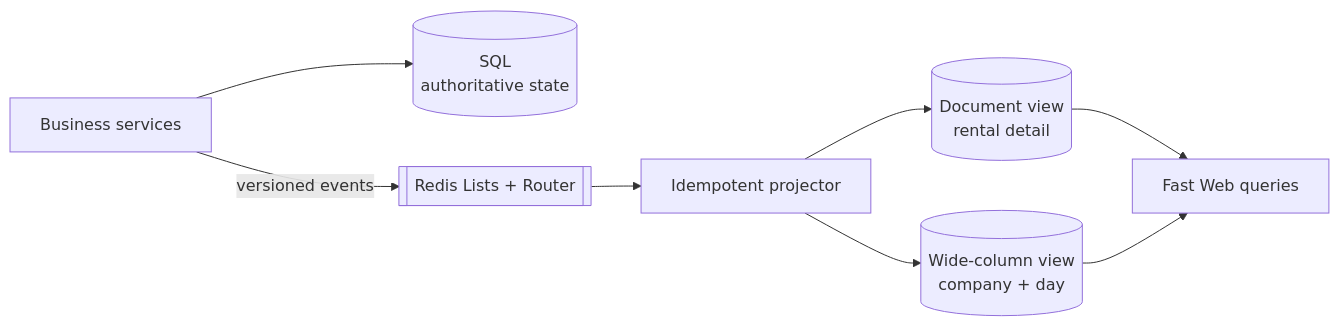
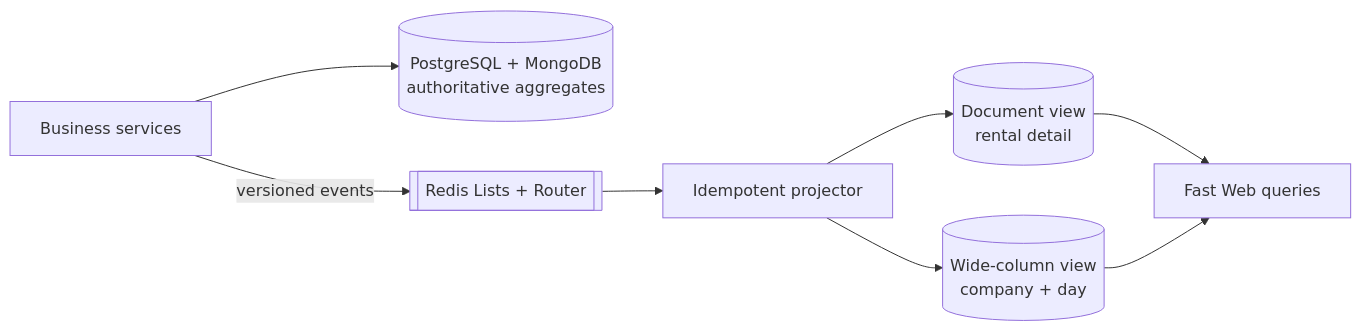
One commit to charroux/rentalservice changed diagram 11 of 11 in training/modules/07-nosql-foundations/slides.qmd. Above: the diagram before and after it, drawn with Mermaid. The commit also changed other lines of this file and 68 other files, not shown here.

````diff
--- a/training/modules/07-nosql-foundations/slides.qmd
+++ b/training/modules/07-nosql-foundations/slides.qmd
@@ -425,10 +427,10 @@
 ```{mermaid}
 flowchart LR
-    Services[Business services] --> SQL[(SQL<br/>authoritative state)]
+    Services[Business services] --> State[(PostgreSQL + MongoDB<br/>authoritative aggregates)]
     Services -->|versioned events| Redis[[Redis Lists + Router]]
     Redis --> Projector[Idempotent projector]
     Projector --> Document[(Document view<br/>rental detail)]
     Projector --> Wide[(Wide-column view<br/>company + day)]
     Document --> Web[Fast Web queries]
     Wide --> Web
 ```
````
